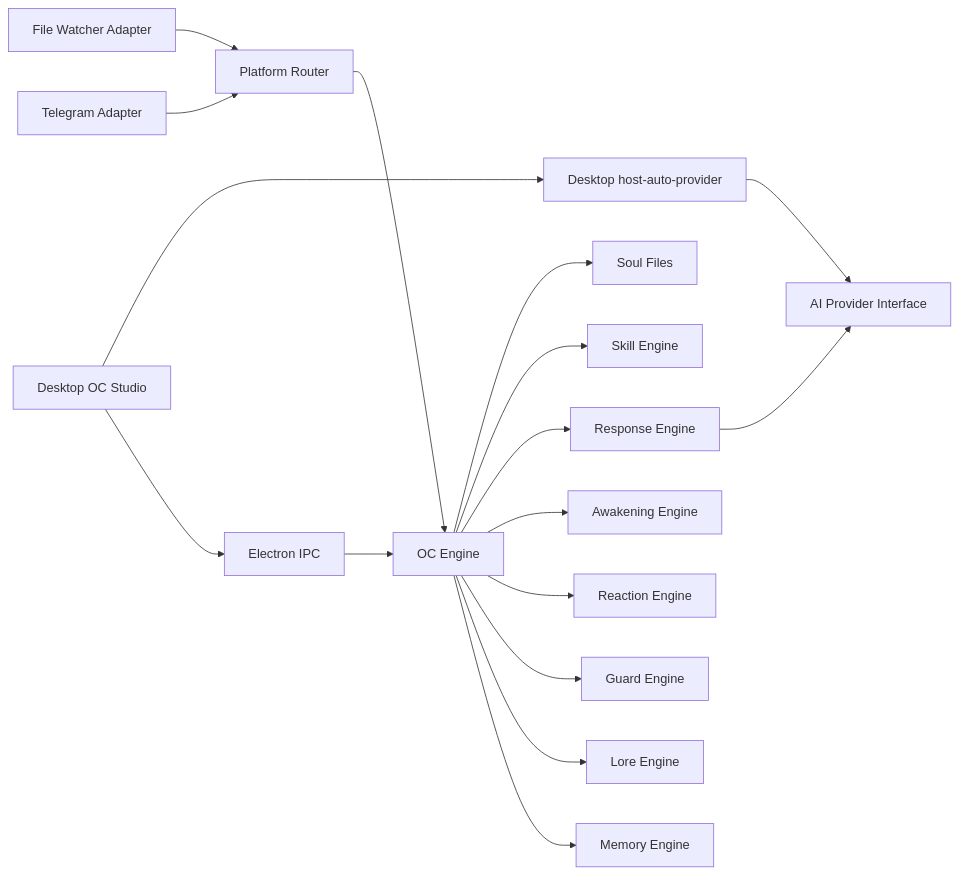
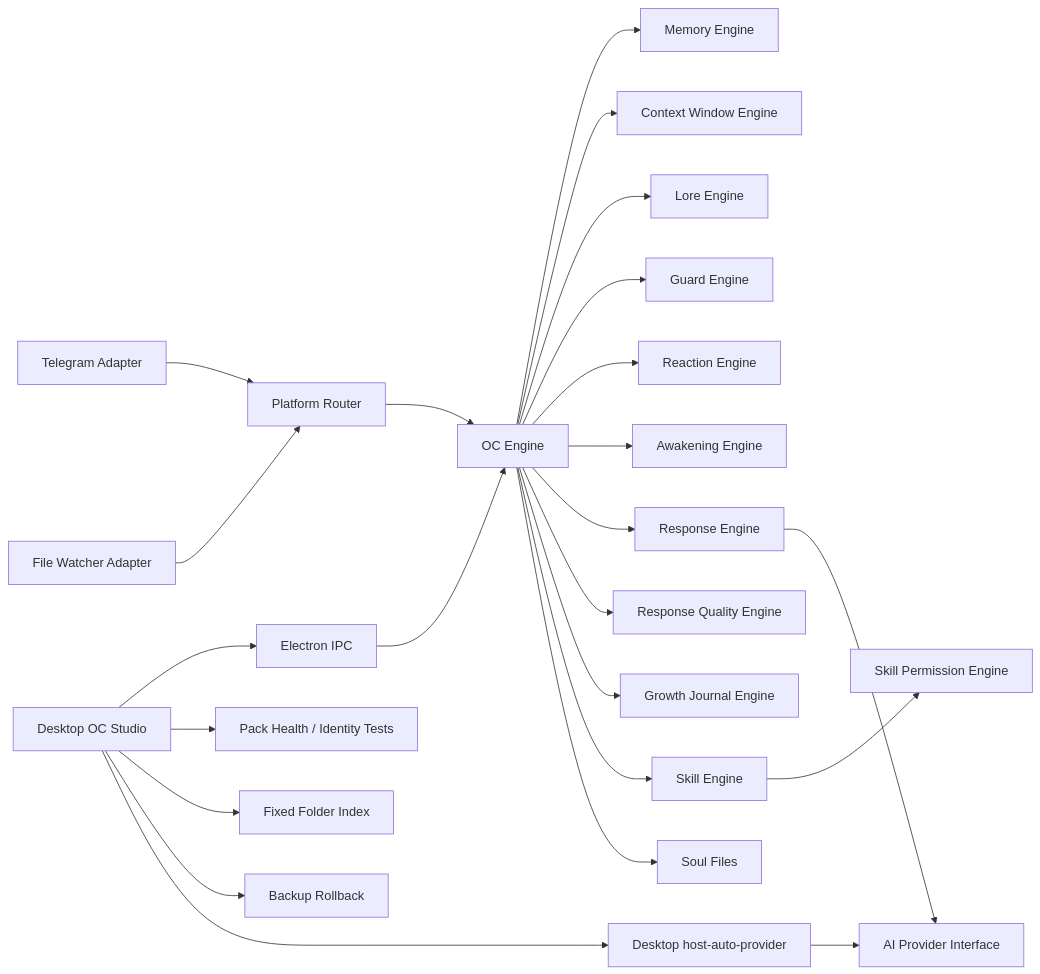
Before and after one commit to Fatumlux/muse-egg-core: the diagram in docs/architecture.md, drawn with Mermaid. The commit also changed other lines of this file and 47 other files, not shown here.

````diff
--- a/docs/architecture.md
+++ b/docs/architecture.md
@@ -5,19 +5,26 @@
 ```mermaid
 flowchart LR
   Desktop["Desktop OC Studio"] --> IPC["Electron IPC"]
   Telegram["Telegram Adapter"] --> Router["Platform Router"]
   Files["File Watcher Adapter"] --> Router
   IPC --> Core["OC Engine"]
   Router --> Core
   Core --> Memory["Memory Engine"]
+  Core --> Context["Context Window Engine"]
   Core --> Lore["Lore Engine"]
   Core --> Guard["Guard Engine"]
   Core --> Reaction["Reaction Engine"]
   Core --> Awakening["Awakening Engine"]
   Core --> Response["Response Engine"]
+  Core --> Quality["Response Quality Engine"]
+  Core --> Journal["Growth Journal Engine"]
   Core --> Skills["Skill Engine"]
+  Skills --> SkillGate["Skill Permission Engine"]
   Core --> Soul["Soul Files"]
+  Desktop --> Health["Pack Health / Identity Tests"]
+  Desktop --> Folders["Fixed Folder Index"]
+  Desktop --> Backups["Backup Rollback"]
   Response --> Provider["AI Provider Interface"]
   Desktop --> HostProvider["Desktop host-auto-provider"]
   HostProvider --> Provider
 ```
````
